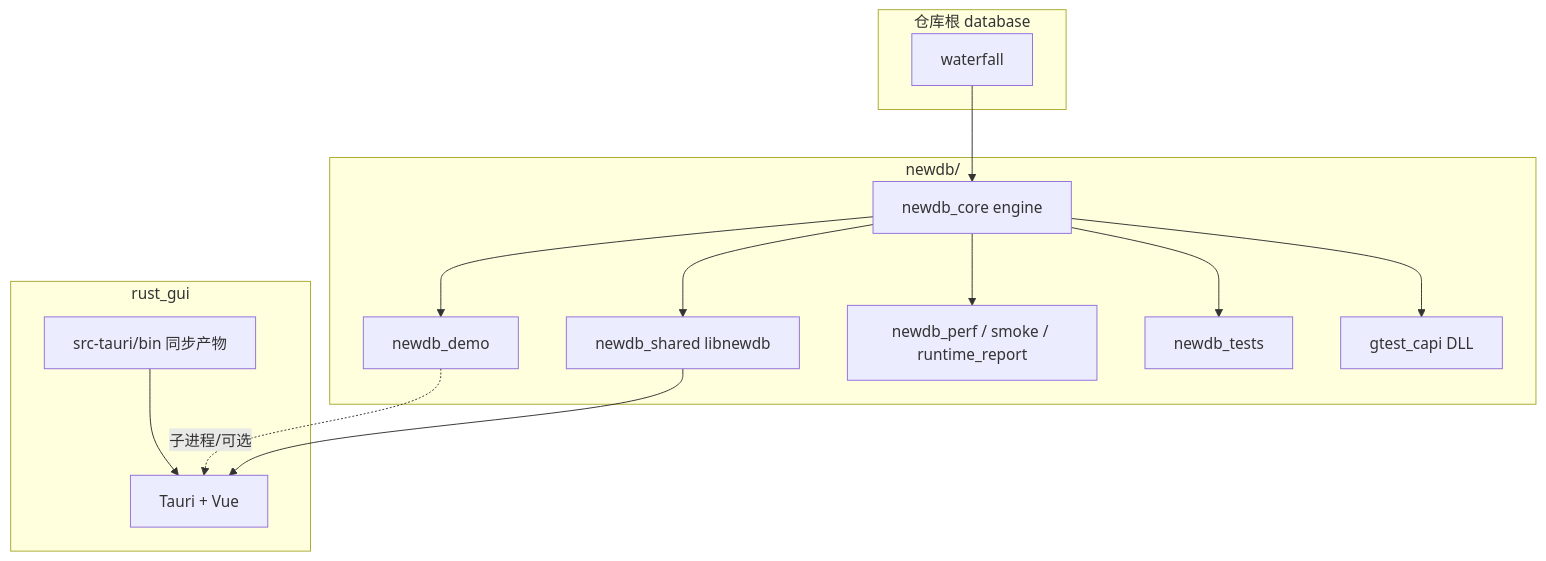
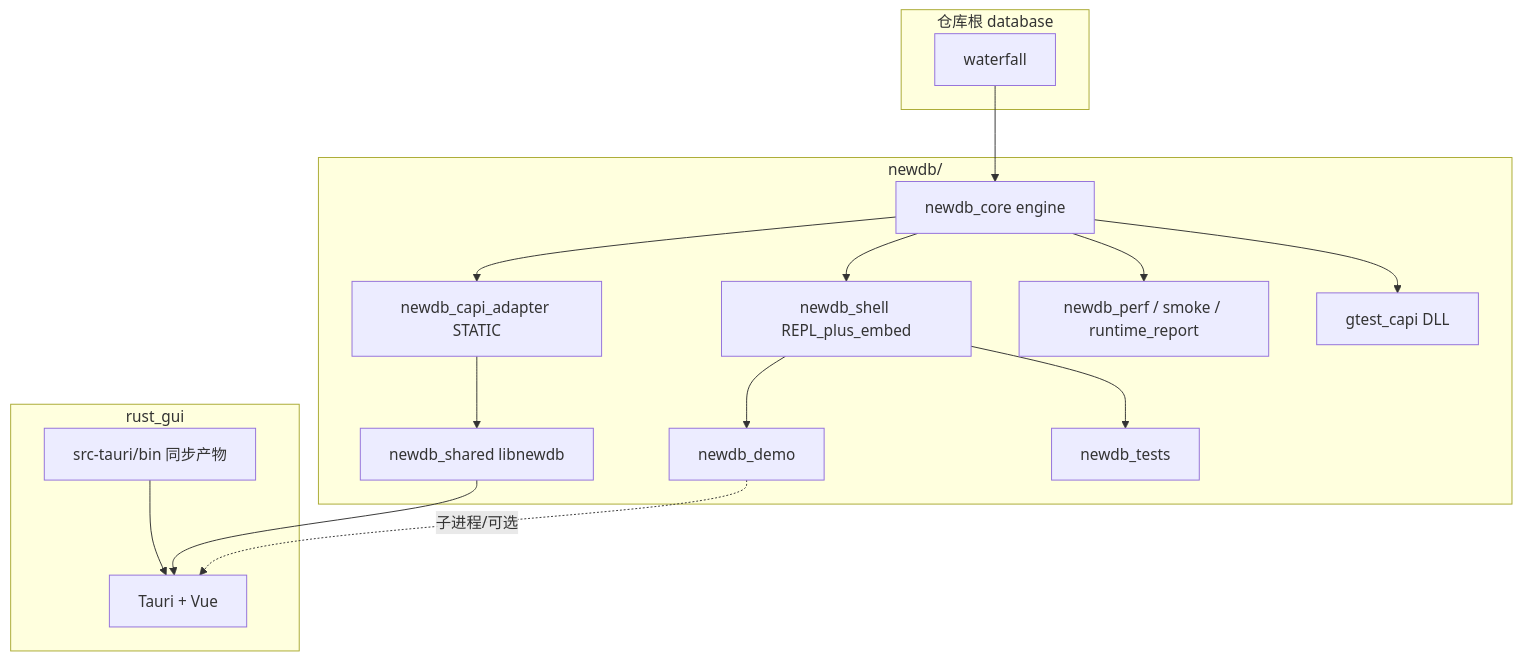
Before and after one commit to skyline019/database: the first of 14 diagrams in newdb/docs/architecture/PROJECT_DATAFLOW_WHOLE.md, drawn with Mermaid. The commit also changed other lines of this file and 212 other files, not shown here.

````diff
--- a/newdb/docs/architecture/PROJECT_DATAFLOW_WHOLE.md
+++ b/newdb/docs/architecture/PROJECT_DATAFLOW_WHOLE.md
@@ -102,30 +109,34 @@
 ```mermaid
 flowchart TB
   subgraph repo["仓库根 database"]
     WF[waterfall]
   end
 
   subgraph newdb["newdb/"]
     ENG[newdb_core engine]
+    CAP[newdb_capi_adapter STATIC]
+    SH[newdb_shell REPL_plus_embed]
     DEM[newdb_demo]
     DLL[newdb_shared libnewdb]
     TOOLS[newdb_perf / smoke / runtime_report]
     TESTS[newdb_tests]
     GCAPI[gtest_capi DLL]
   end
 
   subgraph gui["rust_gui"]
     TAURI[Tauri + Vue]
     BIN[src-tauri/bin 同步产物]
   end
 
   WF --> ENG
-  ENG --> DEM
-  ENG --> DLL
+  ENG --> CAP
+  CAP --> DLL
+  ENG --> SH
+  SH --> DEM
   ENG --> TOOLS
-  ENG --> TESTS
+  SH --> TESTS
   ENG --> GCAPI
   DLL --> TAURI
   BIN --> TAURI
   DEM -.子进程/可选.-> TAURI
 ```
````
